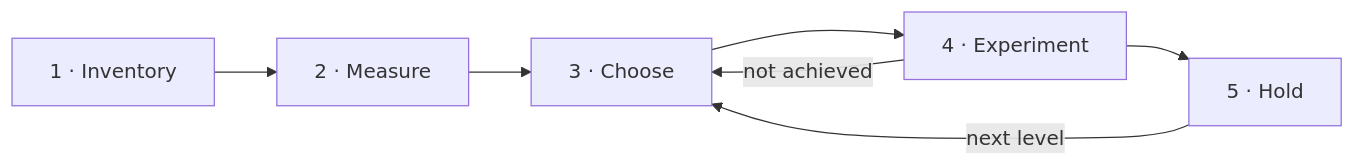
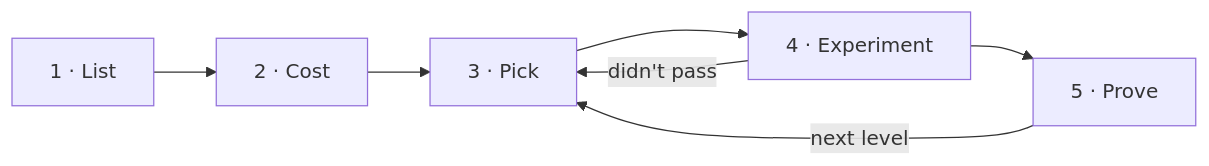
The diagram in README.md (alesanchezr/onhundred-protocol), drawn with Mermaid before and after one commit. The commit also changed other lines of this file and 32 other files, not shown here.

````diff
--- a/README.md
+++ b/README.md
@@ -63,6 +63,6 @@
 ```mermaid
 flowchart LR
-  A["1 · Inventory"] --> B["2 · Measure"] --> C["3 · Choose"] --> D["4 · Experiment"] --> E["5 · Hold"]
+  A["1 · List"] --> B["2 · Cost"] --> C["3 · Pick"] --> D["4 · Experiment"] --> E["5 · Prove"]
   E -- "next level" --> C
-  D -- "not achieved" --> C
+  D -- "didn't pass" --> C
 ```
````
